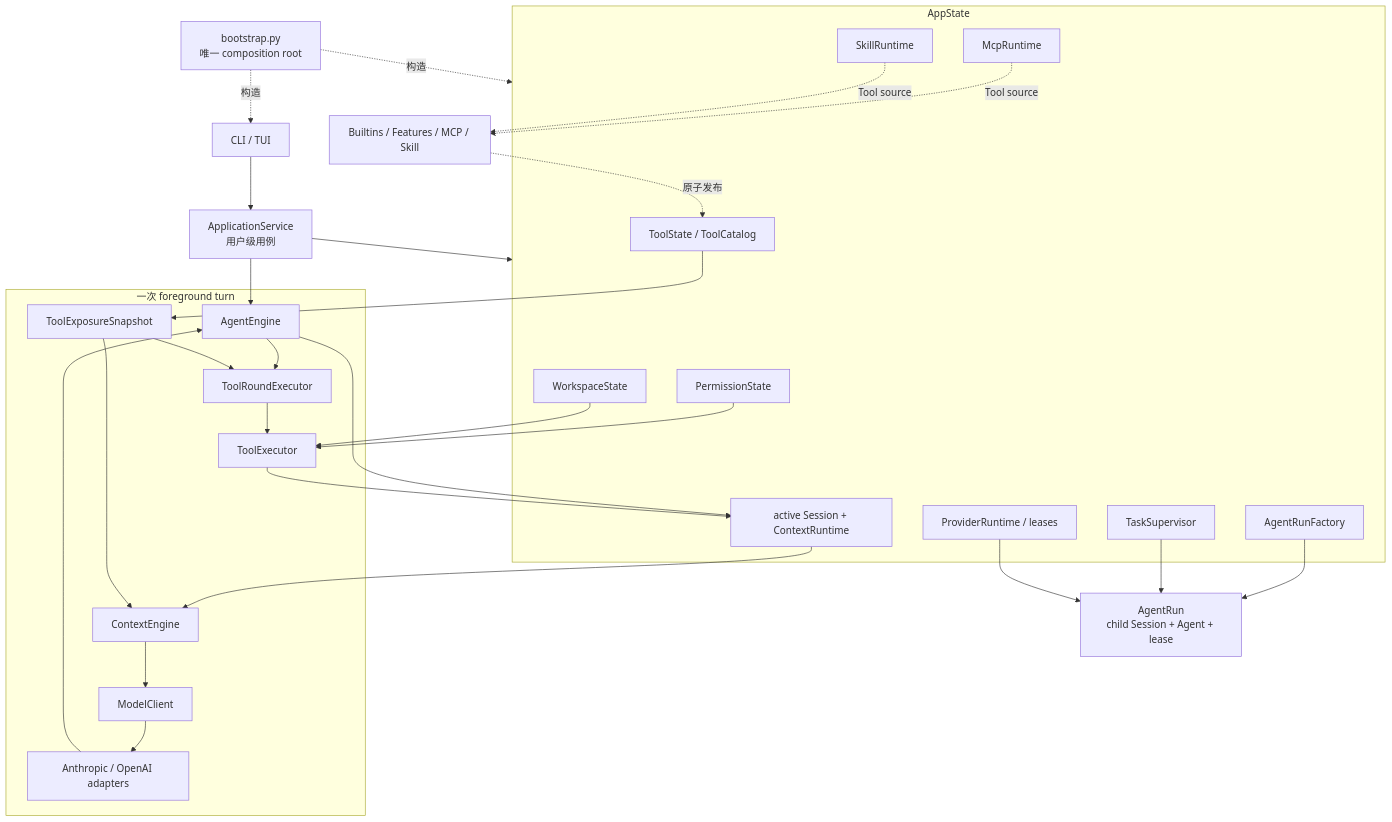
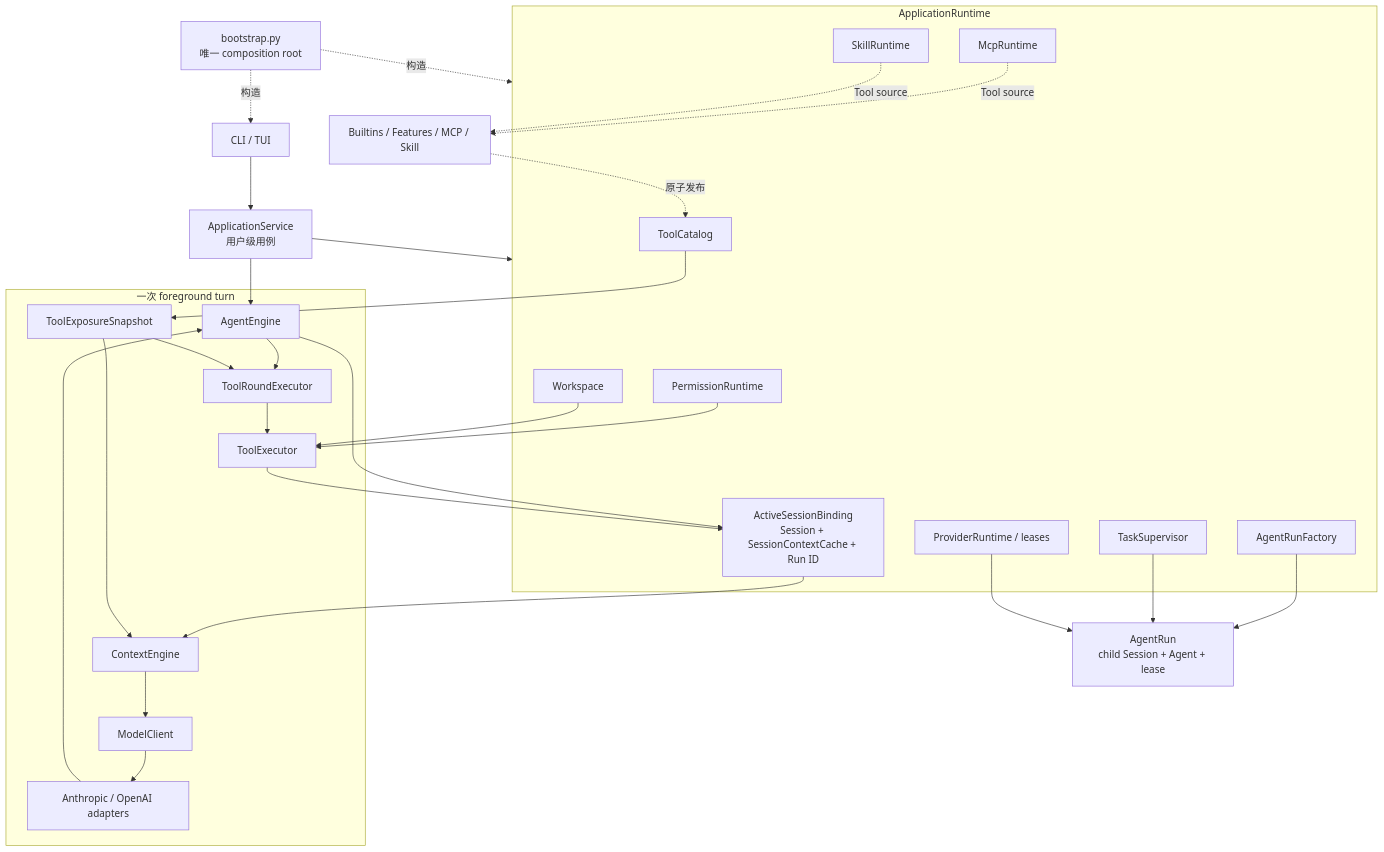
Before and after one commit to 0614GS/my-code: the diagram in docs/00-architecture.md, drawn with Mermaid. The commit also changed other lines of this file and 124 other files, not shown here.

````diff
--- a/docs/00-architecture.md
+++ b/docs/00-architecture.md
@@ -7,56 +7,56 @@
 ```mermaid
 flowchart TB
     Bootstrap["bootstrap.py<br/>唯一 composition root"]
     Host["CLI / TUI"]
     Application["ApplicationService<br/>用户级用例"]
 
-    subgraph Runtime["AppState"]
-        Session["active Session + ContextRuntime"]
-        Workspace["WorkspaceState"]
-        Permissions["PermissionState"]
-        Tools["ToolState / ToolCatalog"]
+    subgraph Runtime["ApplicationRuntime"]
+        Session["ActiveSessionBinding<br/>Session + SessionContextCache + Run ID"]
+        Workspace["Workspace"]
+        Permissions["PermissionRuntime"]
+        Tools["ToolCatalog"]
         Tasks["TaskSupervisor"]
         Runs["AgentRunFactory"]
         ProviderRuntime["ProviderRuntime / leases"]
         MCP["McpRuntime"]
         Skills["SkillRuntime"]
     end
 
     subgraph Turn["一次 foreground turn"]
         Agent["AgentEngine"]
         Snapshot["ToolExposureSnapshot"]
         Context["ContextEngine"]
         Model["ModelClient"]
         Provider["Anthropic / OpenAI adapters"]
         Round["ToolRoundExecutor"]
         Executor["ToolExecutor"]
     end
 
     Sources["Builtins / Features / MCP / Skill"]
     Child["AgentRun<br/>child Session + Agent + lease"]
 
     Bootstrap -.构造.-> Host
     Bootstrap -.构造.-> Runtime
     Host --> Application
     Application --> Runtime
     Application --> Agent
 
     Sources -.原子发布.-> Tools
     Tools --> Snapshot
     Session --> Context
     Snapshot --> Context
     Context --> Model --> Provider
     Provider --> Agent
     Agent --> Session
     Agent --> Round --> Executor
     Snapshot --> Round
     Permissions --> Executor
     Workspace --> Executor
     Executor --> Session
 
     Runs --> Child
     Tasks --> Child
     ProviderRuntime --> Child
     MCP -.Tool source.-> Sources
     Skills -.Tool source.-> Sources
 ```
````
